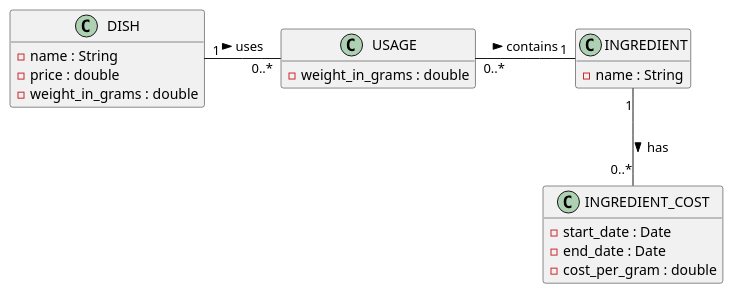
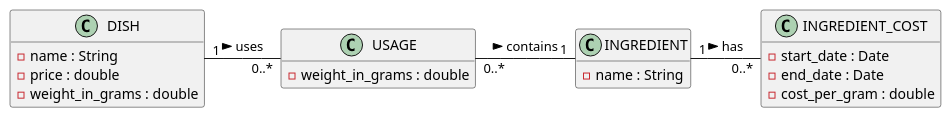
The diagram in model/class_diagram.plantuml (TortinhasQuixotescas/dcc166_atv2), drawn with PlantUML before and after one commit. The commit also changed 2 other files, not shown here.

```diff
--- a/model/class_diagram.plantuml
+++ b/model/class_diagram.plantuml
@@ -1,30 +1,30 @@
 @startuml bakery
 
 hide empty members
 
 class INGREDIENT {
     -name : String
 }
 
 class INGREDIENT_COST {
     -start_date : Date
     -end_date : Date
     -cost_per_gram : double
 }
 
-INGREDIENT "1" -- "0..*" INGREDIENT_COST : has >
+INGREDIENT "1" - "0..*" INGREDIENT_COST : has >
 
 class DISH {
     -name : String
     -price : double
     -weight_in_grams : double
 }
 
 class USAGE {
     -weight_in_grams : double
 }
 
 USAGE "0..*" - "1" INGREDIENT : contains >
 DISH "1" - "0..*" USAGE : uses >
 
 @enduml
```
